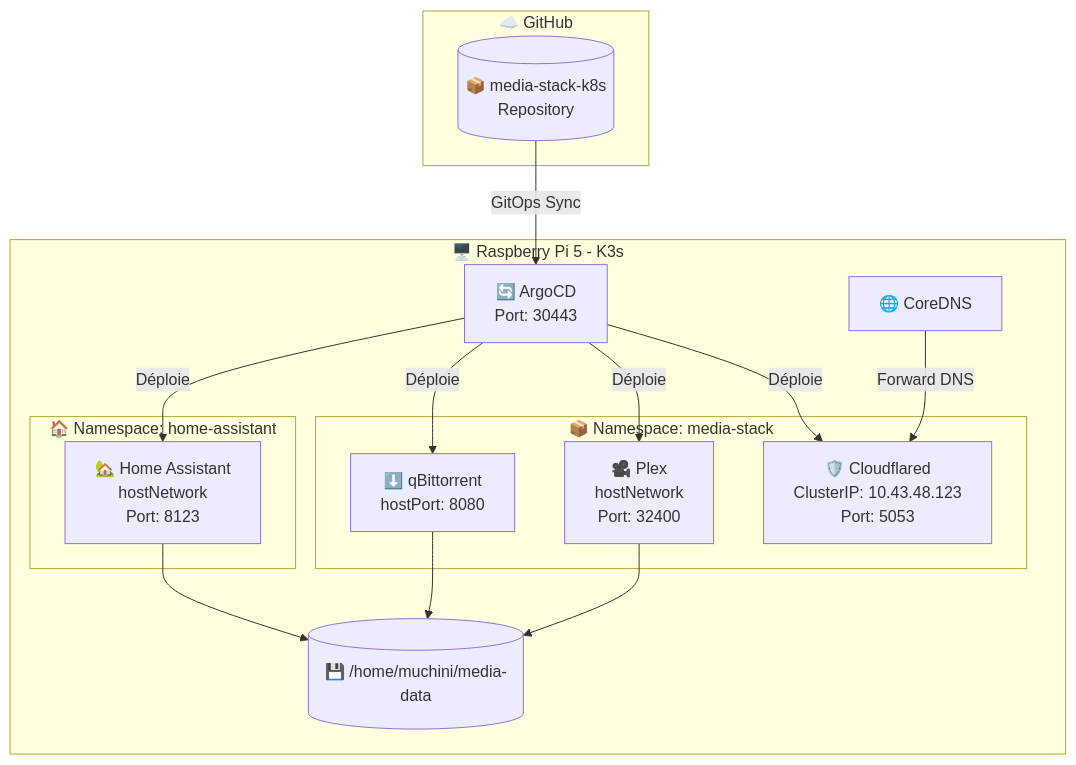
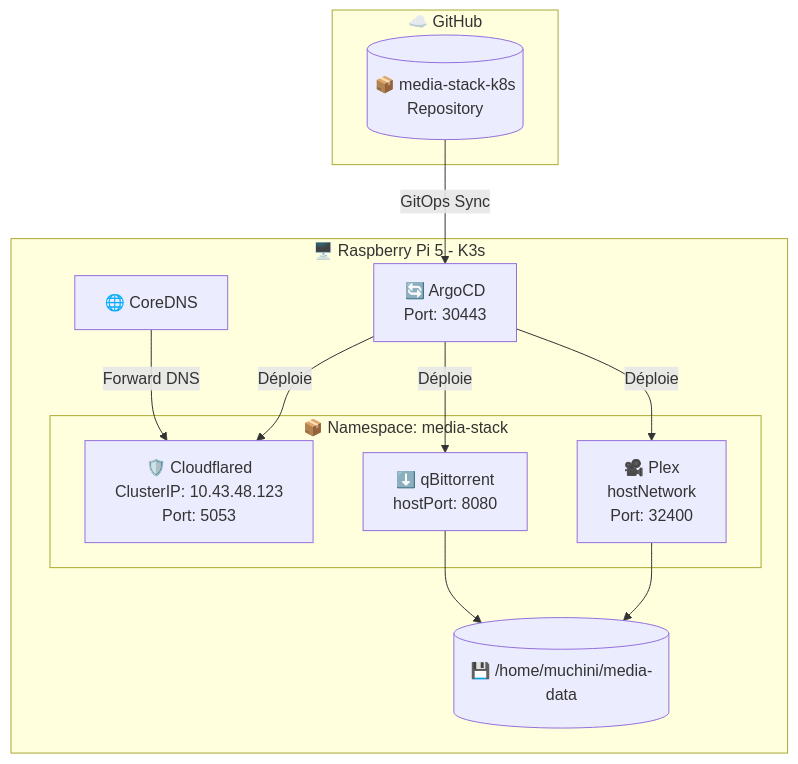
Before and after one commit to muchiny/media-stack-k8s: the first of 6 diagrams in CLAUDE.md, drawn with Mermaid. The commit also changed other lines of this file and 24 other files, not shown here.

````diff
--- a/CLAUDE.md
+++ b/CLAUDE.md
@@ -39,33 +36,27 @@
 ```mermaid
 graph TB
     subgraph "☁️ GitHub"
         Repo[(📦 media-stack-k8s<br/>Repository)]
     end
 
     subgraph "🖥️ Raspberry Pi 5 - K3s"
         ArgoCD[🔄 ArgoCD<br/>Port: 30443]
 
         subgraph "📦 Namespace: media-stack"
             CF[🛡️ Cloudflared<br/>ClusterIP: 10.43.48.123<br/>Port: 5053]
             Plex[🎥 Plex<br/>hostNetwork<br/>Port: 32400]
             QB[⬇️ qBittorrent<br/>hostPort: 8080]
         end
 
-        subgraph "🏠 Namespace: home-assistant"
-            HA[🏡 Home Assistant<br/>hostNetwork<br/>Port: 8123]
-        end
-
         CoreDNS[🌐 CoreDNS]
         Storage[(💾 /home/muchini/media-data)]
     end
 
     Repo -->|"GitOps Sync"| ArgoCD
     ArgoCD -->|"Déploie"| CF
     ArgoCD -->|"Déploie"| Plex
     ArgoCD -->|"Déploie"| QB
-    ArgoCD -->|"Déploie"| HA
     CoreDNS -->|"Forward DNS"| CF
     Plex --> Storage
     QB --> Storage
-    HA --> Storage
 ```
````
